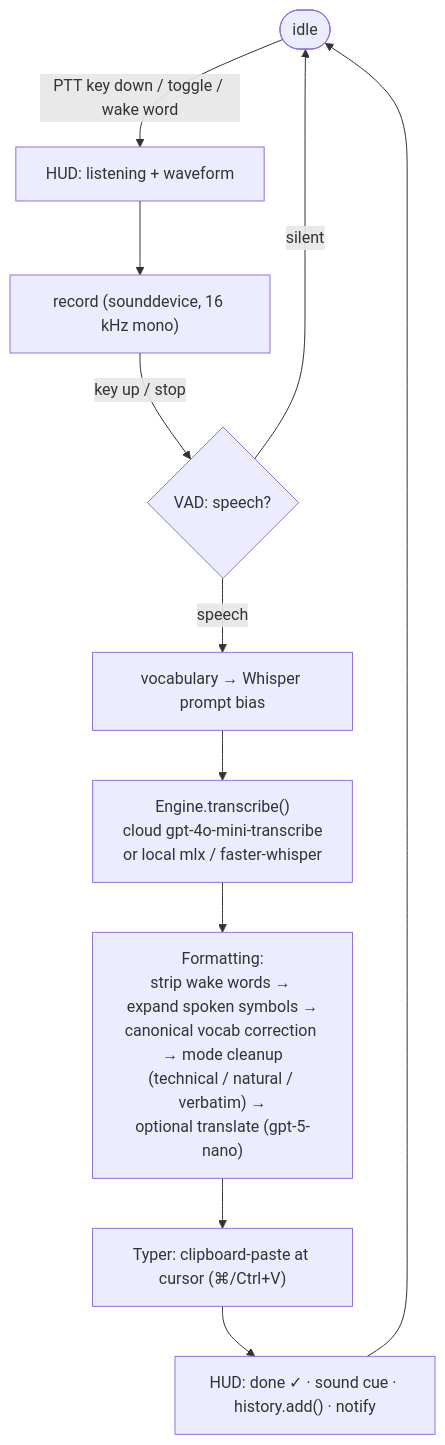
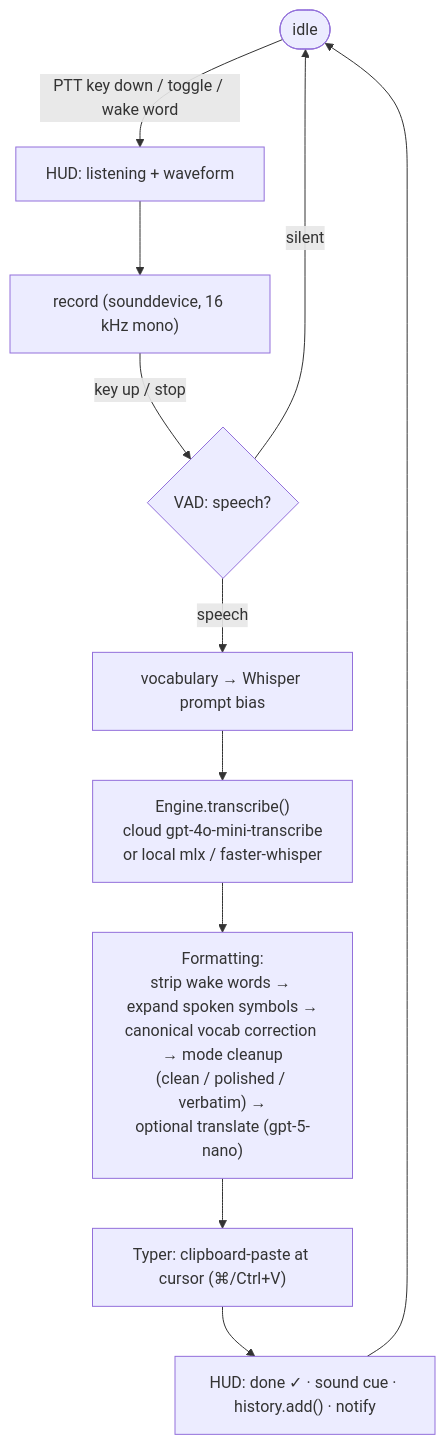
One commit to romiteld/yapper changed the second of 3 diagrams in README.md. Above: the diagram before and after it, drawn with Mermaid. The commit also changed other lines of this file and 1 other file, not shown here.

First line of the commit message:
docs: reframe Yapper as general-purpose dictation, rename modes clean/polished

````diff
--- a/README.md
+++ b/README.md
@@ -59,13 +60,13 @@
 ```mermaid
 flowchart TD
     idle(["idle"]) -->|"PTT key down / toggle / wake word"| listen["HUD: listening + waveform"]
     listen --> record["record (sounddevice, 16 kHz mono)"]
     record -->|"key up / stop"| vad{"VAD: speech?"}
     vad -->|"silent"| idle
     vad -->|"speech"| bias["vocabulary → Whisper prompt bias"]
     bias --> stt["Engine.transcribe()<br/>cloud gpt-4o-mini-transcribe<br/>or local mlx / faster-whisper"]
-    stt --> fmt["Formatting:<br/>strip wake words → expand spoken symbols →<br/>canonical vocab correction → mode cleanup<br/>(technical / natural / verbatim) →<br/>optional translate (gpt-5-nano)"]
+    stt --> fmt["Formatting:<br/>strip wake words → expand spoken symbols →<br/>canonical vocab correction → mode cleanup<br/>(clean / polished / verbatim) →<br/>optional translate (gpt-5-nano)"]
     fmt --> paste["Typer: clipboard-paste at cursor (⌘/Ctrl+V)"]
     paste --> done["HUD: done ✓ · sound cue · history.add() · notify"]
     done --> idle
 ```
````
